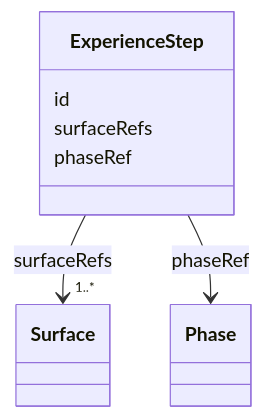
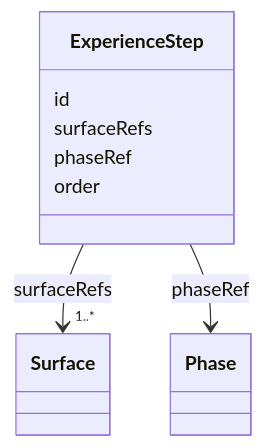
The fifth of 5 diagrams in specs/ed/surface/index.md (Bang2985/spec-ujg), drawn with Mermaid before and after one commit. The commit also changed other lines of this file and 55 other files, not shown here.

````diff
--- a/specs/ed/surface/index.md
+++ b/specs/ed/surface/index.md
@@ -183,12 +186,13 @@
 ```mermaid
 classDiagram
   class Surface
   class Phase
   class ExperienceStep {
     id
     surfaceRefs
     phaseRef
+    order
   }
   ExperienceStep --> "1..*" Surface : surfaceRefs
   ExperienceStep --> Phase : phaseRef
 ```
````
